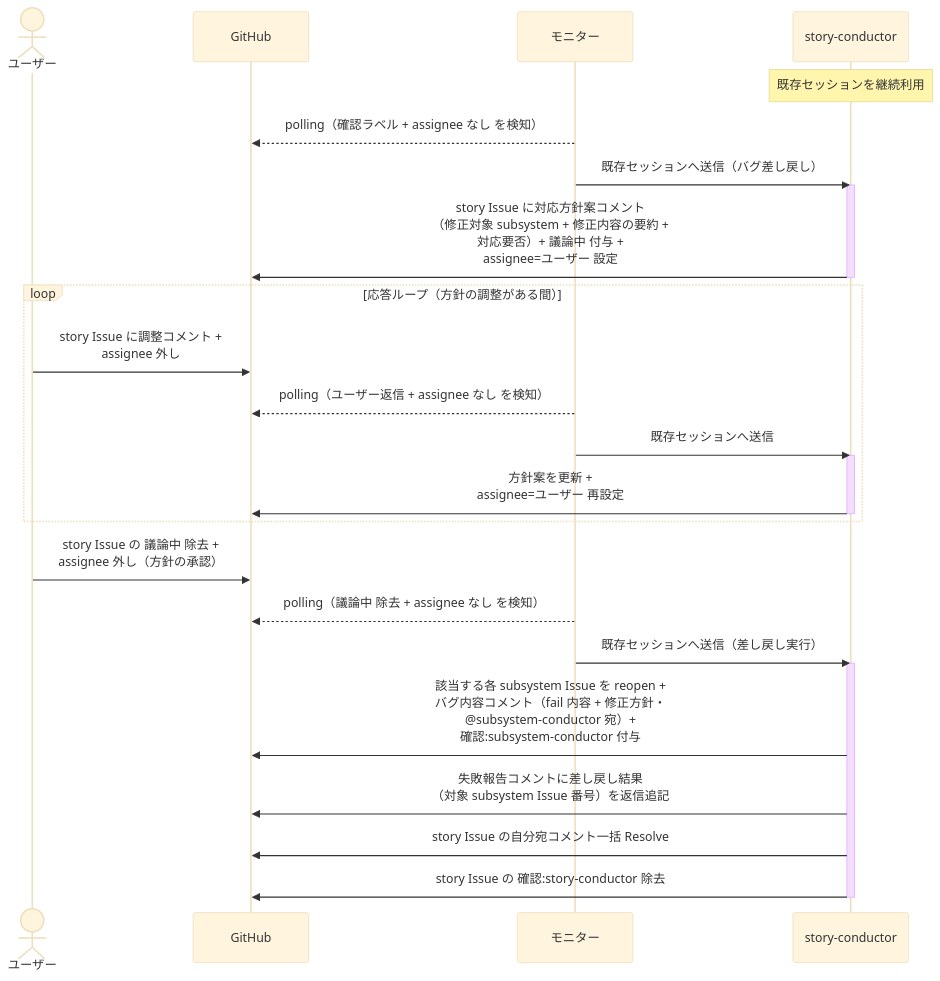
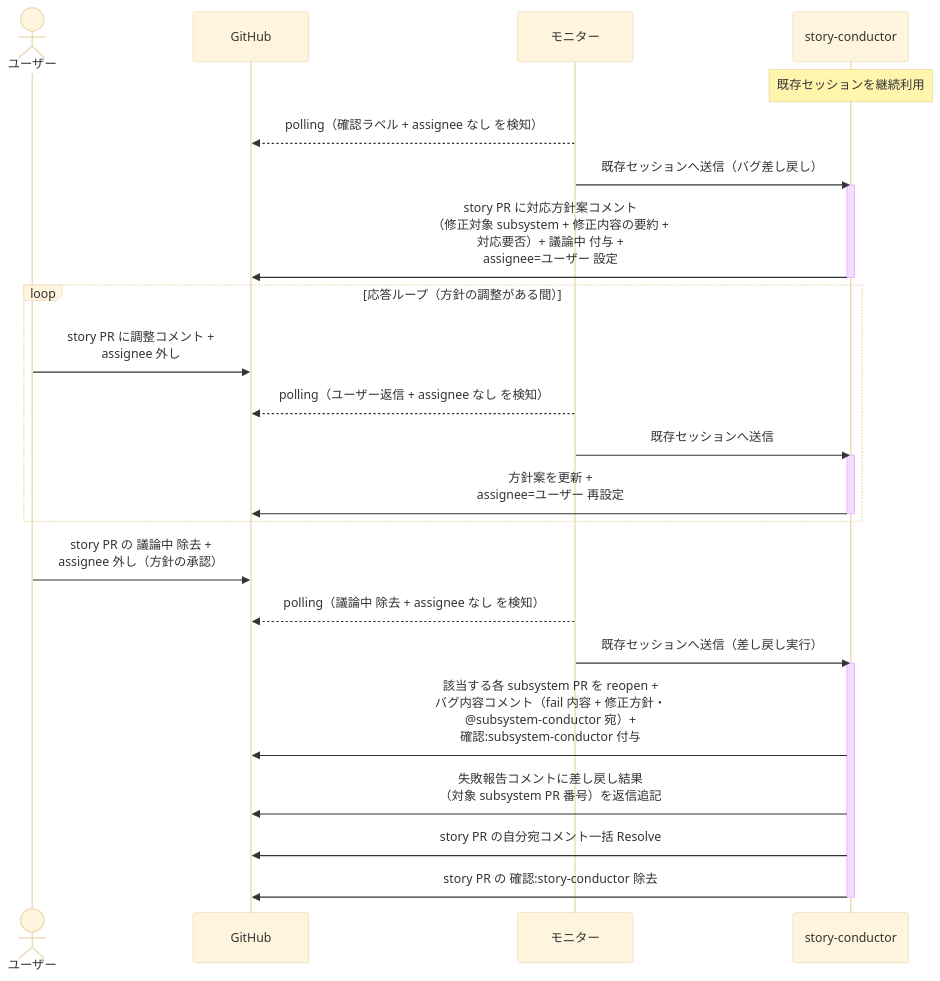
Before and after one commit to shuhei1101/ai-monitor: the fourth of 4 diagrams in docs/wiki/設計図/シナリオ/単一ユースケース/統合テスト起動.md, drawn with Mermaid (base theme). The commit also changed other lines of this file and 256 other files, not shown here.

````diff
--- a/docs/wiki/設計図/シナリオ/単一ユースケース/統合テスト起動.md
+++ b/docs/wiki/設計図/シナリオ/単一ユースケース/統合テスト起動.md
@@ -149,33 +149,33 @@
 ```mermaid
 sequenceDiagram
   actor U as ユーザー
   participant GH as GitHub
   participant ORC as モニター
   participant MON as story-conductor
 
   Note over MON: 既存セッションを継続利用
   ORC-->>GH: polling（確認ラベル + assignee なし を検知）
   ORC->>MON: 既存セッションへ送信（バグ差し戻し）
   activate MON
-  MON->>GH: story Issue に対応方針案コメント<br>（修正対象 subsystem + 修正内容の要約 +<br>対応要否）+ 議論中 付与 +<br>assignee=ユーザー 設定
+  MON->>GH: story PR に対応方針案コメント<br>（修正対象 subsystem + 修正内容の要約 +<br>対応要否）+ 議論中 付与 +<br>assignee=ユーザー 設定
   deactivate MON
 
   loop 応答ループ（方針の調整がある間）
-    U->>GH: story Issue に調整コメント +<br>assignee 外し
+    U->>GH: story PR に調整コメント +<br>assignee 外し
     ORC-->>GH: polling（ユーザー返信 + assignee なし を検知）
     ORC->>MON: 既存セッションへ送信
     activate MON
     MON->>GH: 方針案を更新 +<br>assignee=ユーザー 再設定
     deactivate MON
   end
 
-  U->>GH: story Issue の 議論中 除去 +<br>assignee 外し（方針の承認）
+  U->>GH: story PR の 議論中 除去 +<br>assignee 外し（方針の承認）
   ORC-->>GH: polling（議論中 除去 + assignee なし を検知）
   ORC->>MON: 既存セッションへ送信（差し戻し実行）
   activate MON
-  MON->>GH: 該当する各 subsystem Issue を reopen +<br>バグ内容コメント（fail 内容 + 修正方針・<br>@subsystem-conductor 宛）+<br>確認:subsystem-conductor 付与
-  MON->>GH: 失敗報告コメントに差し戻し結果<br>（対象 subsystem Issue 番号）を返信追記
-  MON->>GH: story Issue の自分宛コメント一括 Resolve
-  MON->>GH: story Issue の 確認:story-conductor 除去
+  MON->>GH: 該当する各 subsystem PR を reopen +<br>バグ内容コメント（fail 内容 + 修正方針・<br>@subsystem-conductor 宛）+<br>確認:subsystem-conductor 付与
+  MON->>GH: 失敗報告コメントに差し戻し結果<br>（対象 subsystem PR 番号）を返信追記
+  MON->>GH: story PR の自分宛コメント一括 Resolve
+  MON->>GH: story PR の 確認:story-conductor 除去
   deactivate MON
 ```
````
